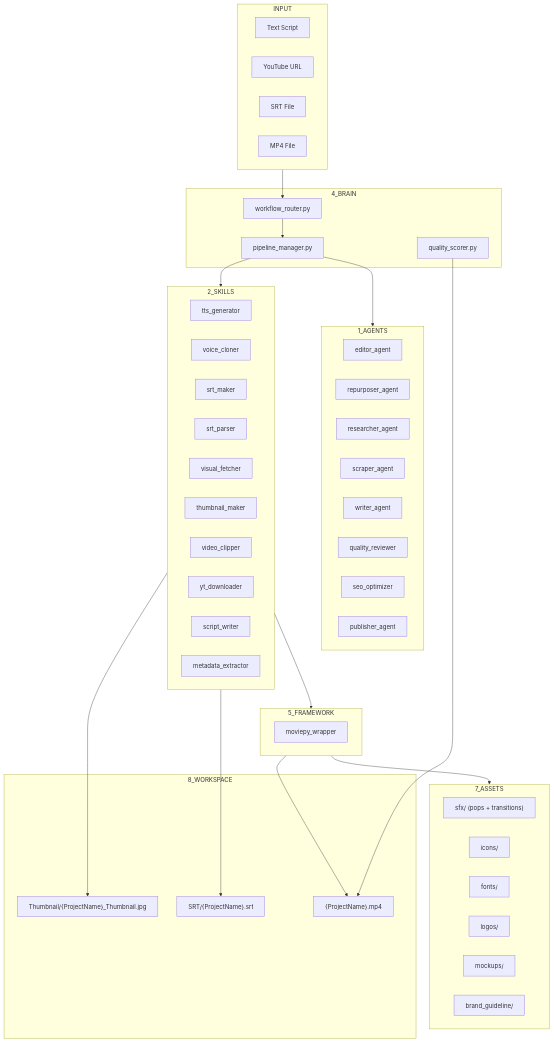
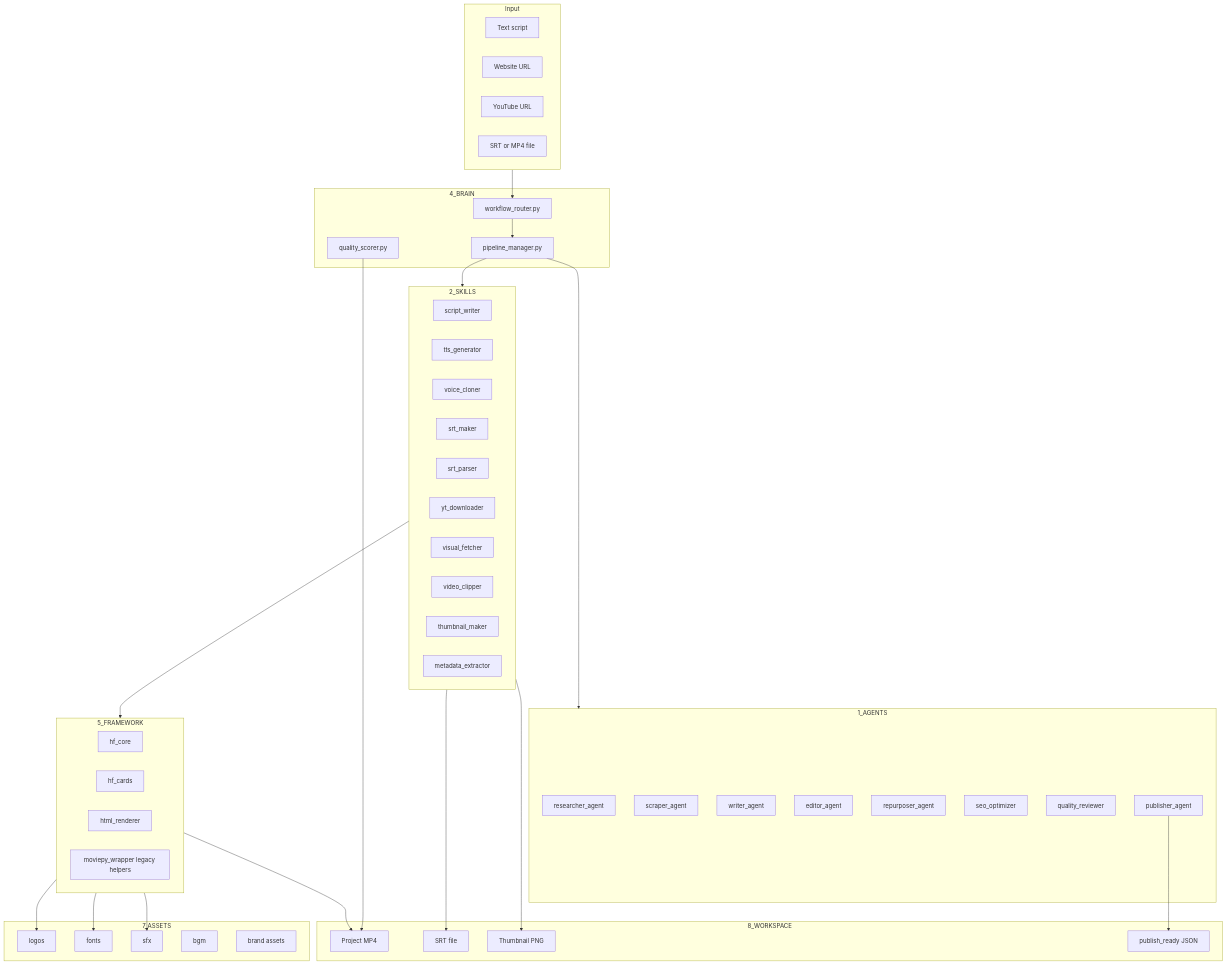
The diagram in ARCHITECTURE.md (LongLeo287/SEOSONA-Video-AI), drawn with Mermaid before and after one commit. The commit also changed other lines of this file and 24 other files, not shown here.

````diff
--- a/ARCHITECTURE.md
+++ b/ARCHITECTURE.md
@@ -9,69 +9,75 @@
 ```mermaid
 graph TD
-    subgraph INPUT["INPUT"]
-        A1["Text Script"]
-        A2["YouTube URL"]
-        A3["SRT File"]
-        A4["MP4 File"]
+    subgraph INPUT["Input"]
+        A1["Text script"]
+        A2["Website URL"]
+        A3["YouTube URL"]
+        A4["SRT or MP4 file"]
     end
 
     subgraph BRAIN["4_BRAIN"]
         B1["workflow_router.py"]
         B2["pipeline_manager.py"]
         B3["quality_scorer.py"]
     end
 
     subgraph AGENTS["1_AGENTS"]
-        C1["editor_agent"]
-        C2["repurposer_agent"]
-        C3["researcher_agent"]
-        C4["scraper_agent"]
-        C5["writer_agent"]
-        C6["quality_reviewer"]
-        C7["seo_optimizer"]
+        C1["researcher_agent"]
+        C2["scraper_agent"]
+        C3["writer_agent"]
+        C4["editor_agent"]
+        C5["repurposer_agent"]
+        C6["seo_optimizer"]
+        C7["quality_reviewer"]
         C8["publisher_agent"]
     end
 
     subgraph SKILLS["2_SKILLS"]
-        D1["tts_generator"]
-        D2["voice_cloner"]
-        D3["srt_maker"]
-        D4["srt_parser"]
-        D5["visual_fetcher"]
-        D6["thumbnail_maker"]
-        D7["video_clipper"]
-        D8["yt_downloader"]
-        D9["script_writer"]
+        D1["script_writer"]
+        D2["tts_generator"]
+        D3["voice_cloner"]
+        D4["srt_maker"]
+        D5["srt_parser"]
+        D6["yt_downloader"]
+        D7["visual_fetcher"]
+        D8["video_clipper"]
+        D9["thumbnail_maker"]
         D10["metadata_extractor"]
     end
 
     subgraph FRAMEWORK["5_FRAMEWORK"]
-        E1["moviepy_wrapper"]
+        E1["hf_core"]
+        E2["hf_cards"]
+        E3["html_renderer"]
+        E4["moviepy_wrapper legacy helpers"]
     end
 
     subgraph ASSETS["7_ASSETS"]
-        F1["sfx/ (pops + transitions)"]
-        F2["icons/"]
-        F3["fonts/"]
-        F4["logos/"]
-        F5["mockups/"]
-        F6["brand_guideline/"]
+        F1["logos"]
+        F2["fonts"]
+        F3["sfx"]
+        F4["bgm"]
+        F5["brand assets"]
     end
 
     subgraph OUTPUT["8_WORKSPACE"]
-        G1["{ProjectName}.mp4"]
-        G2["SRT/{ProjectName}.srt"]
-        G3["Thumbnail/{ProjectName}_Thumbnail.jpg"]
+        G1["Project MP4"]
+        G2["SRT file"]
+        G3["Thumbnail PNG"]
+        G4["publish_ready JSON"]
     end
 
     INPUT --> B1
     B1 --> B2
     B2 --> AGENTS
     B2 --> SKILLS
     SKILLS --> FRAMEWORK
-    FRAMEWORK --> ASSETS
+    FRAMEWORK --> F1
+    FRAMEWORK --> F2
+    FRAMEWORK --> F3
     FRAMEWORK --> G1
     SKILLS --> G2
     SKILLS --> G3
+    C8 --> G4
     B3 --> G1
 ```
````
